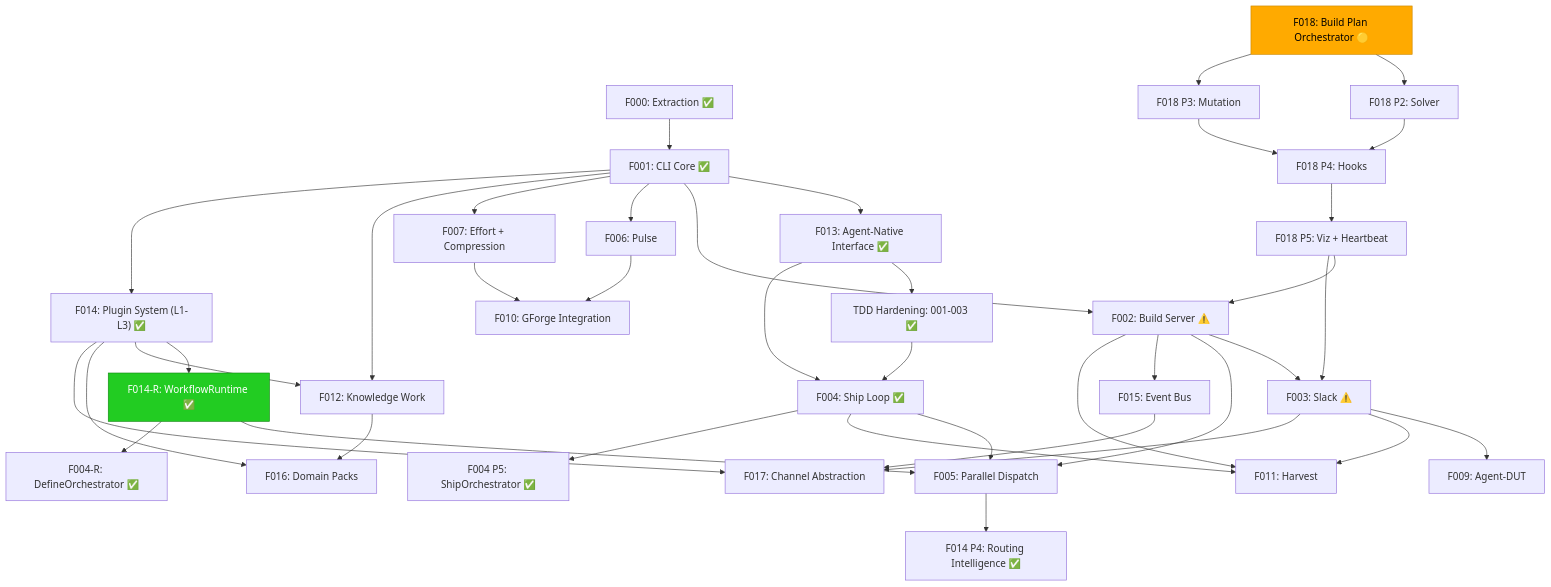
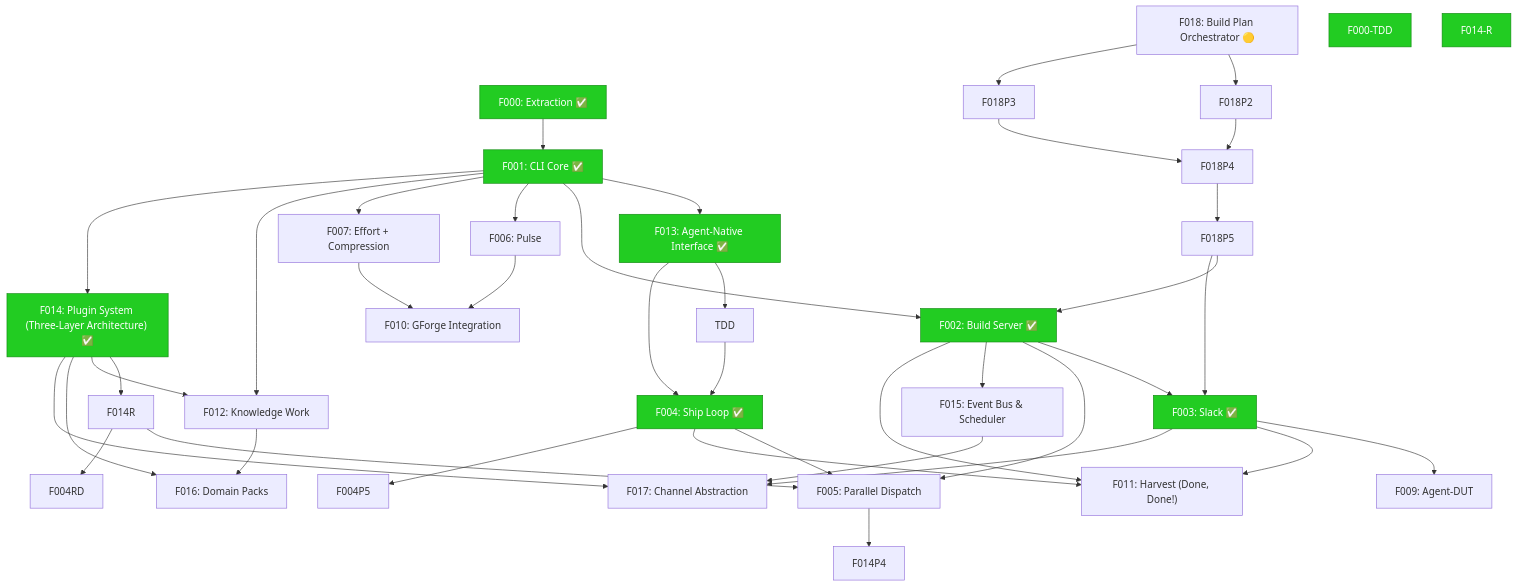
The first of 2 diagrams in specs/000-build-plan.md (gforge-esc/gwrk), drawn with Mermaid before and after one commit. The commit also changed other lines of this file and 7 other files, not shown here.

````diff
--- a/specs/000-build-plan.md
+++ b/specs/000-build-plan.md
@@ -25,44 +21,50 @@
 ```mermaid
 graph TD
     F000["F000: Extraction ✅"] --> F001["F001: CLI Core ✅"]
-    F001 --> F013["F013: Agent-Native Interface ✅"]
-    F001 --> F002["F002: Build Server ⚠️"]
-    F001 --> F006["F006: Pulse"]
-    F001 --> F007["F007: Effort + Compression"]
-    F001 --> F012["F012: Knowledge Work"]
-    F001 --> F014["F014: Plugin System (L1-L3) ✅"]
-    F002 --> F003["F003: Slack ⚠️"]
-    F002 --> F005["F005: Parallel Dispatch"]
-    F002 --> F015["F015: Event Bus"]
-    F013 --> TDD["TDD Hardening: 001-003 ✅"]
-    F013 --> F004["F004: Ship Loop ✅"]
-    TDD --> F004
-    F004 --> F005
-    F004 --> F011["F011: Harvest"]
-    F004 --> F004P5["F004 P5: ShipOrchestrator ✅"]
-    F014 --> F014R["F014-R: WorkflowRuntime ✅"]
-    F014R --> F005
-    F014R --> F004RD["F004-R: DefineOrchestrator ✅"]
-    F014 --> F012
-    F014 --> F016["F016: Domain Packs"]
-    F014 --> F017["F017: Channel Abstraction"]
-    F003 --> F009["F009: Agent-DUT"]
-    F003 --> F011
-    F002 --> F011
-    F006 --> F010["F010: GForge Integration"]
-    F007 --> F010
-    F015 --> F017
-    F003 --> F017
-    F012 --> F016
-    F005 --> F014P4["F014 P4: Routing Intelligence ✅"]
-    F018["F018: Build Plan Orchestrator 🟡"] --> F018P2["F018 P2: Solver"]
-    F018["F018: Build Plan Orchestrator 🟡"] --> F018P3["F018 P3: Mutation"]
-    F018P2 --> F018P4["F018 P4: Hooks"]
+    F001["F001: CLI Core ✅"] --> F013["F013: Agent-Native Interface ✅"]
+    F001["F001: CLI Core ✅"] --> F002["F002: Build Server ✅"]
+    F001["F001: CLI Core ✅"] --> F006["F006: Pulse"]
+    F001["F001: CLI Core ✅"] --> F007["F007: Effort + Compression"]
+    F001["F001: CLI Core ✅"] --> F012["F012: Knowledge Work"]
+    F001["F001: CLI Core ✅"] --> F014["F014: Plugin System (Three-Layer Architecture) ✅"]
+    F002["F002: Build Server ✅"] --> F003["F003: Slack ✅"]
+    F002["F002: Build Server ✅"] --> F005["F005: Parallel Dispatch"]
+    F002["F002: Build Server ✅"] --> F015["F015: Event Bus & Scheduler"]
+    F013["F013: Agent-Native Interface ✅"] --> TDD
+    F013["F013: Agent-Native Interface ✅"] --> F004["F004: Ship Loop ✅"]
+    TDD --> F004["F004: Ship Loop ✅"]
+    F004["F004: Ship Loop ✅"] --> F005["F005: Parallel Dispatch"]
+    F004["F004: Ship Loop ✅"] --> F011["F011: Harvest (Done, Done!)"]
+    F004["F004: Ship Loop ✅"] --> F004P5
+    F014["F014: Plugin System (Three-Layer Architecture) ✅"] --> F014R
+    F014R --> F005["F005: Parallel Dispatch"]
+    F014R --> F004RD
+    F014["F014: Plugin System (Three-Layer Architecture) ✅"] --> F012["F012: Knowledge Work"]
+    F014["F014: Plugin System (Three-Layer Architecture) ✅"] --> F016["F016: Domain Packs"]
+    F014["F014: Plugin System (Three-Layer Architecture) ✅"] --> F017["F017: Channel Abstraction"]
+    F003["F003: Slack ✅"] --> F009["F009: Agent-DUT"]
+    F003["F003: Slack ✅"] --> F011["F011: Harvest (Done, Done!)"]
+    F002["F002: Build Server ✅"] --> F011["F011: Harvest (Done, Done!)"]
+    F006["F006: Pulse"] --> F010["F010: GForge Integration"]
+    F007["F007: Effort + Compression"] --> F010["F010: GForge Integration"]
+    F015["F015: Event Bus & Scheduler"] --> F017["F017: Channel Abstraction"]
+    F003["F003: Slack ✅"] --> F017["F017: Channel Abstraction"]
+    F012["F012: Knowledge Work"] --> F016["F016: Domain Packs"]
+    F005["F005: Parallel Dispatch"] --> F014P4
+    F018["F018: Build Plan Orchestrator 🟡"] --> F018P2
+    F018["F018: Build Plan Orchestrator 🟡"] --> F018P3
+    F018P2 --> F018P4
     F018P3 --> F018P4
-    F018P4 --> F018P5["F018 P5: Viz + Heartbeat"]
-    F018P5 --> F002
-    F018P5 --> F003
-
-    style F014R fill:#22cc22,stroke:#118811,color:#fff
-    style F018 fill:#ffaa00,stroke:#cc8800,color:#000
+    F018P4 --> F018P5
+    F018P5 --> F002["F002: Build Server ✅"]
+    F018P5 --> F003["F003: Slack ✅"]
+    style F000 fill:#22cc22,stroke:#118811,color:#fff
+    style F000-TDD fill:#22cc22,stroke:#118811,color:#fff
+    style F001 fill:#22cc22,stroke:#118811,color:#fff
+    style F002 fill:#22cc22,stroke:#118811,color:#fff
+    style F003 fill:#22cc22,stroke:#118811,color:#fff
+    style F004 fill:#22cc22,stroke:#118811,color:#fff
+    style F013 fill:#22cc22,stroke:#118811,color:#fff
+    style F014 fill:#22cc22,stroke:#118811,color:#fff
+    style F014-R fill:#22cc22,stroke:#118811,color:#fff
 ```
````
